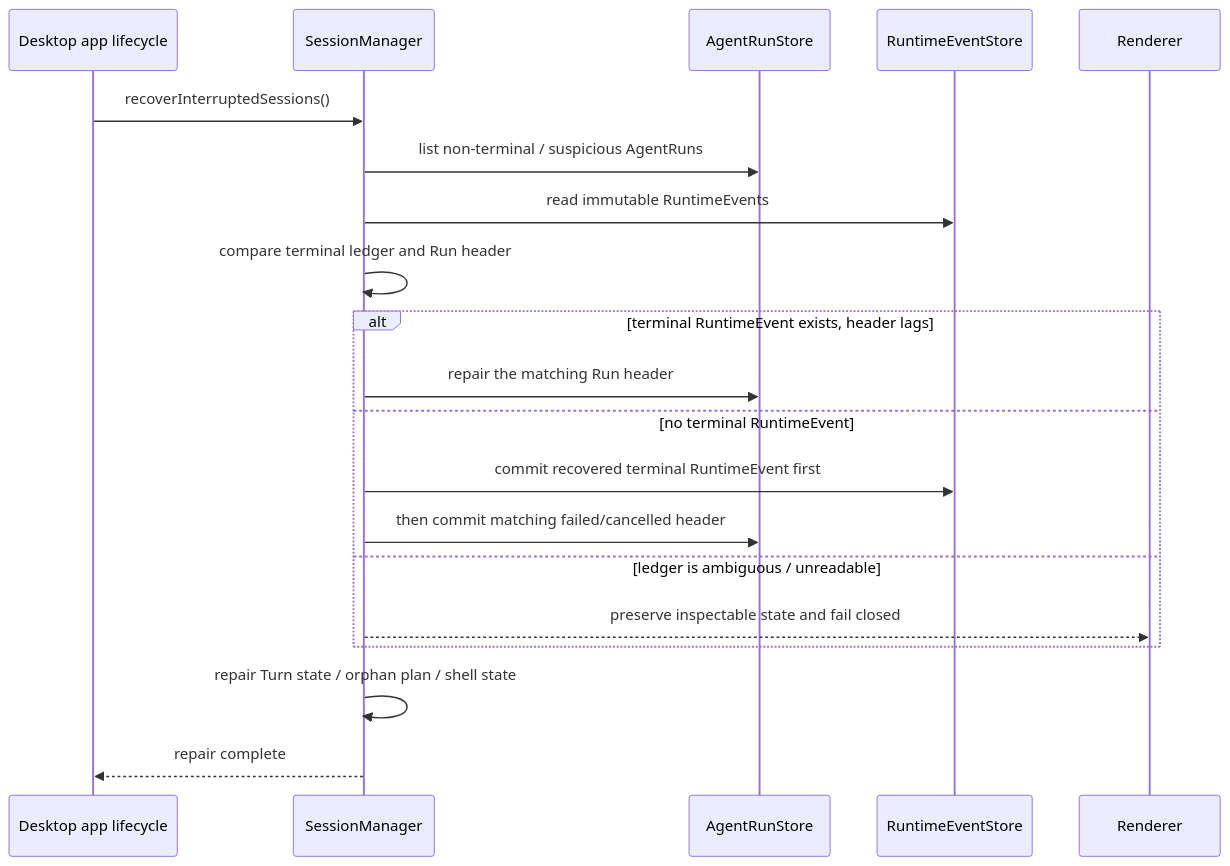
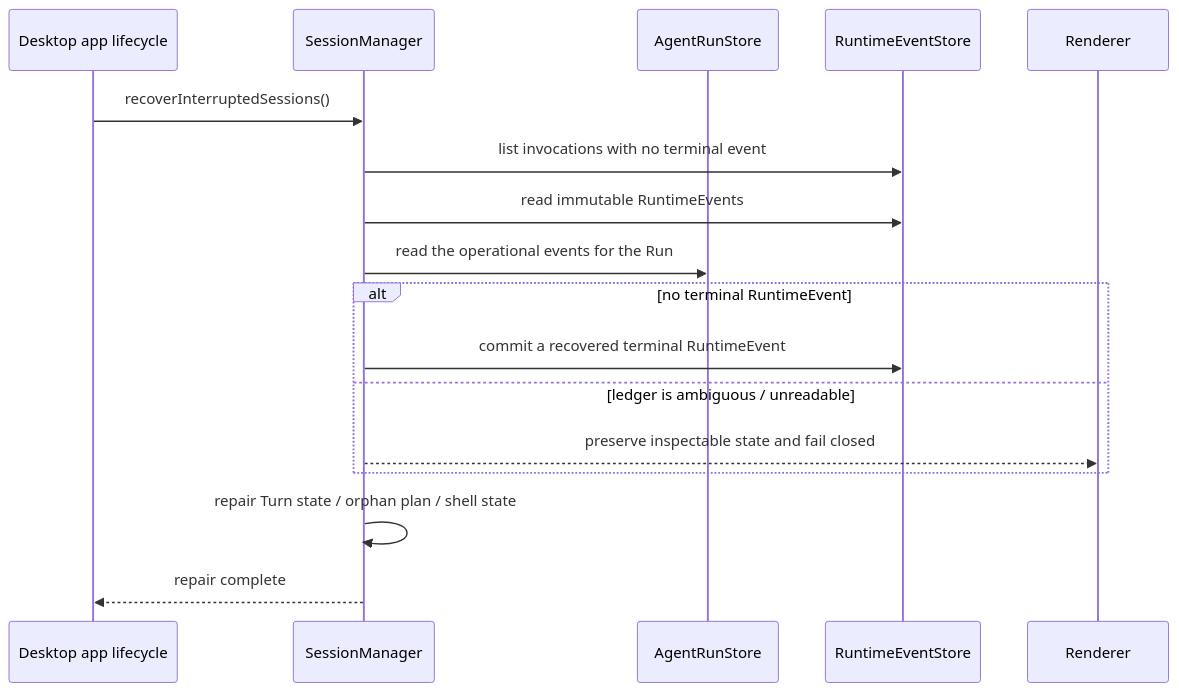
One commit to ARE404/maka-agent changed the sixth of 13 diagrams in docs/architecture/runtime-resume-architecture.md. Above: the diagram before and after it, drawn with Mermaid. The commit also changed other lines of this file and 151 other files, not shown here.

````diff
--- a/docs/architecture/runtime-resume-architecture.md
+++ b/docs/architecture/runtime-resume-architecture.md
@@ -395,23 +396,20 @@
 ```mermaid
 sequenceDiagram
   participant App as Desktop app lifecycle
   participant SM as SessionManager
   participant RS as AgentRunStore
   participant ES as RuntimeEventStore
   participant UI as Renderer
 
   App->>SM: recoverInterruptedSessions()
-  SM->>RS: list non-terminal / suspicious AgentRuns
+  SM->>ES: list invocations with no terminal event
   SM->>ES: read immutable RuntimeEvents
-  SM->>SM: compare terminal ledger and Run header
-  alt terminal RuntimeEvent exists, header lags
-    SM->>RS: repair the matching Run header
-  else no terminal RuntimeEvent
-    SM->>ES: commit recovered terminal RuntimeEvent first
-    SM->>RS: then commit matching failed/cancelled header
+  SM->>RS: read the operational events for the Run
+  alt no terminal RuntimeEvent
+    SM->>ES: commit a recovered terminal RuntimeEvent
   else ledger is ambiguous / unreadable
     SM-->>UI: preserve inspectable state and fail closed
   end
   SM->>SM: repair Turn state / orphan plan / shell state
   SM-->>App: repair complete
 ```
````
